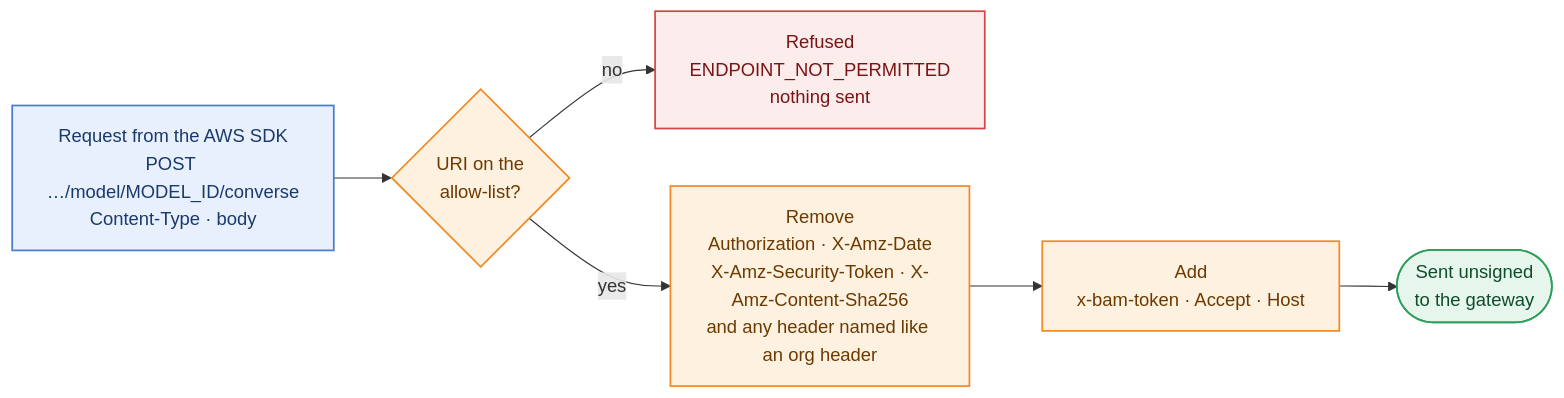
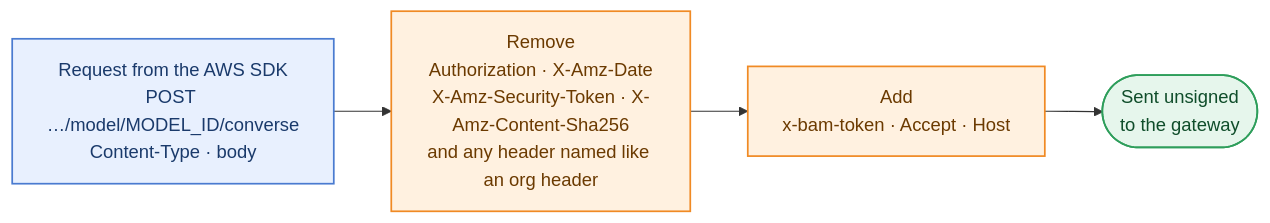
Before and after one commit to pranaykatariya/camunda-custom-bedrock-connector: the fourth of 5 diagrams in docs/CONFIGURATION.md, drawn with Mermaid. The commit also changed other lines of this file and 25 other files, not shown here.

Commit message:
removed allowed list to pass any gateway endpoint

````diff
--- a/docs/CONFIGURATION.md
+++ b/docs/CONFIGURATION.md
@@ -177,22 +182,16 @@
 ```mermaid
 flowchart LR
     sdk["Request from the AWS SDK<br/>POST …/model/MODEL_ID/converse<br/>Content-Type · body"]
-    allow{"URI on the<br/>allow-list?"}
-    refuse["Refused<br/>ENDPOINT_NOT_PERMITTED<br/>nothing sent"]
     strip["Remove<br/>Authorization · X-Amz-Date<br/>X-Amz-Security-Token · X-Amz-Content-Sha256<br/>and any header named like an org header"]
     add["Add<br/>x-bam-token · Accept · Host"]
     wire(["Sent unsigned<br/>to the gateway"])
 
-    sdk --> allow
-    allow -- "no" --> refuse
-    allow -- "yes" --> strip --> add --> wire
+    sdk --> strip --> add --> wire
 
     classDef cam fill:#E8F0FE,stroke:#4A7BD0,stroke-width:1.5px,color:#1A3A6B
     classDef ours fill:#FFF1E0,stroke:#F08A24,stroke-width:1.5px,color:#6B3A00
     classDef ext fill:#E6F6EC,stroke:#2E9E5B,stroke-width:1.5px,color:#0F4D2A
-    classDef bad fill:#FDECEC,stroke:#D64545,stroke-width:1.5px,color:#7A1414
     class sdk cam
-    class allow,strip,add ours
+    class strip,add ours
     class wire ext
-    class refuse bad
 ```
````
